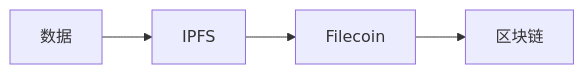
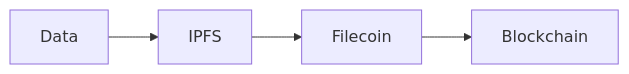
The sixth of 11 diagrams in docs/lightpaper.md (truthvalidator/TruthValidatorAgent), drawn with Mermaid before and after one commit. The commit also changed other lines of this file and 1 other file, not shown here.

````diff
--- a/docs/lightpaper.md
+++ b/docs/lightpaper.md
@@ -101,4 +101,4 @@
 ```mermaid
 flowchart LR
-    数据 --> IPFS --> Filecoin --> 区块链
+    Data --> IPFS --> Filecoin --> Blockchain
 ```
````
